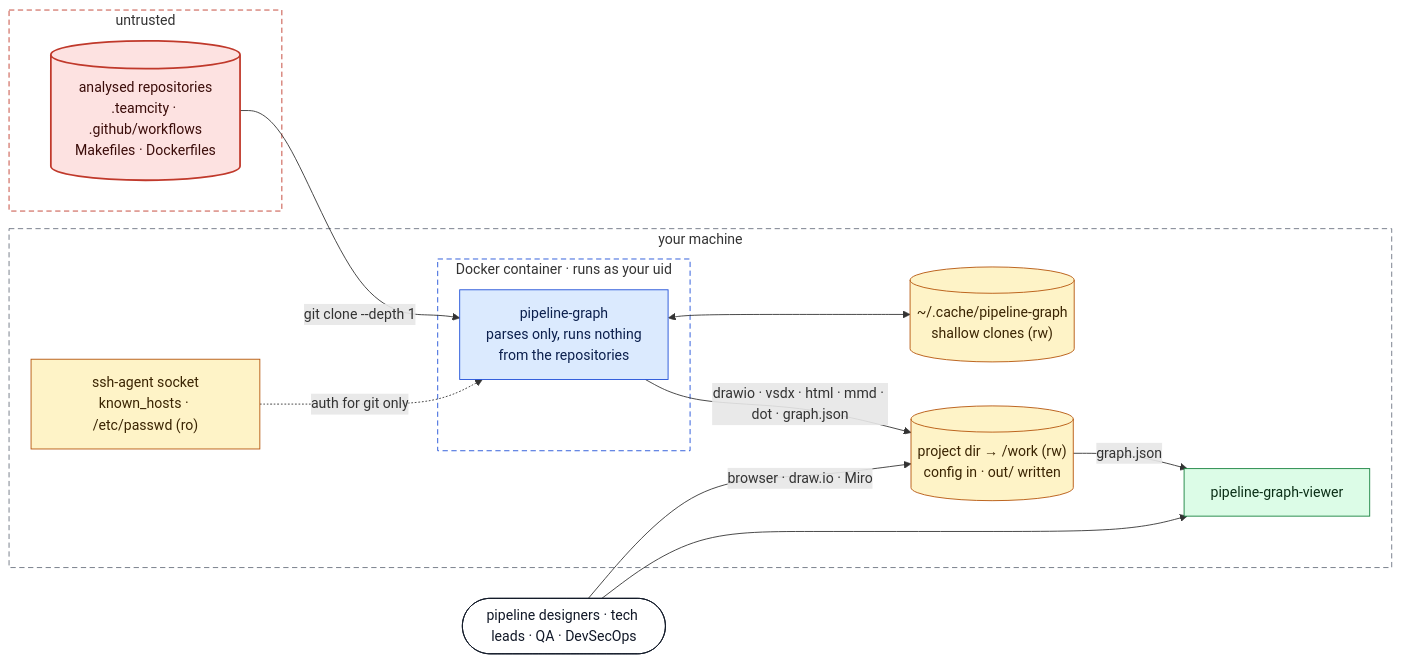
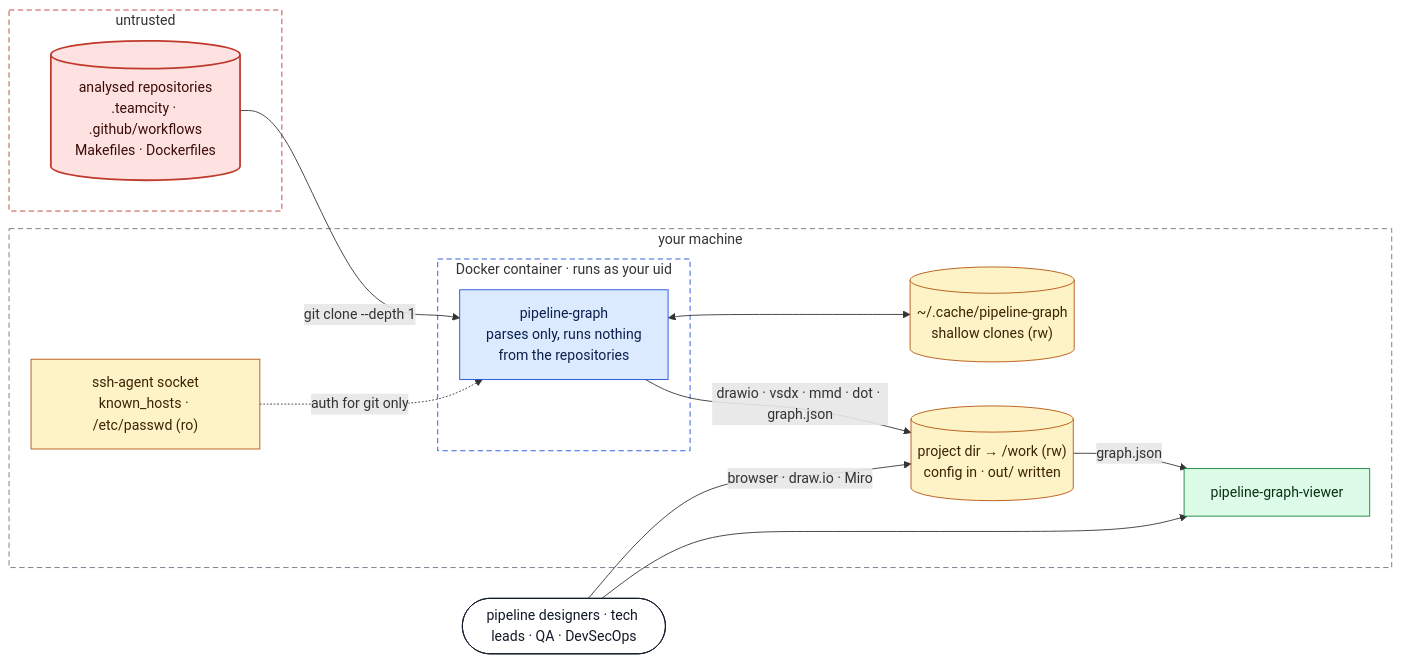
One commit to Avicted/tools.pipeline-graph changed the diagram in docs/architecture/security.md. Above: the diagram before and after it, drawn with Mermaid. The commit also changed other lines of this file and 10 other files, not shown here.

````diff
--- a/docs/architecture/security.md
+++ b/docs/architecture/security.md
@@ -10,38 +10,38 @@
 ```mermaid
 %% view: security
 flowchart LR
     users(["pipeline designers · tech leads · QA · DevSecOps"])
     subgraph untrusted["untrusted"]
         repos[("analysed repositories<br/>.teamcity · .github/workflows<br/>Makefiles · Dockerfiles")]
     end
     subgraph host["your machine"]
         subgraph box["Docker container · runs as your uid"]
             cli["pipeline-graph<br/>parses only, runs nothing<br/>from the repositories"]
         end
         creds["ssh-agent socket<br/>known_hosts · /etc/passwd (ro)"]
         cache[("~/.cache/pipeline-graph<br/>shallow clones (rw)")]
         out[("project dir → /work (rw)<br/>config in · out/ written")]
         viewer["pipeline-graph-viewer"]
     end
     repos -- "git clone --depth 1" --> cli
     creds -. "auth for git only" .-> cli
     cli <--> cache
-    cli -- "drawio · vsdx · html · mmd · dot · graph.json" --> out
+    cli -- "drawio · vsdx · mmd · dot · graph.json" --> out
     out -- "graph.json" --> viewer
     users --> viewer
     users -- "browser · draw.io · Miro" --> out
 
     classDef untrusted fill:#fde2e1,stroke:#c0392b,color:#3b0d0a,stroke-width:2px
     classDef go fill:#dbeafe,stroke:#1d4ed8,color:#0b1f4d
     classDef data fill:#fef3c7,stroke:#b45309,color:#3a2402
     classDef rust fill:#dcfce7,stroke:#15803d,color:#0a2e16
     classDef actor fill:#ffffff,stroke:#111827,color:#111827
     class repos untrusted
     class cli go
     class creds,cache,out data
     class viewer rust
     class users actor
     style untrusted fill:none,stroke:#c0392b,stroke-dasharray:6 4
     style host fill:none,stroke:#6b7280,stroke-dasharray:6 4
     style box fill:none,stroke:#1d4ed8,stroke-dasharray:6 4
 ```
````
